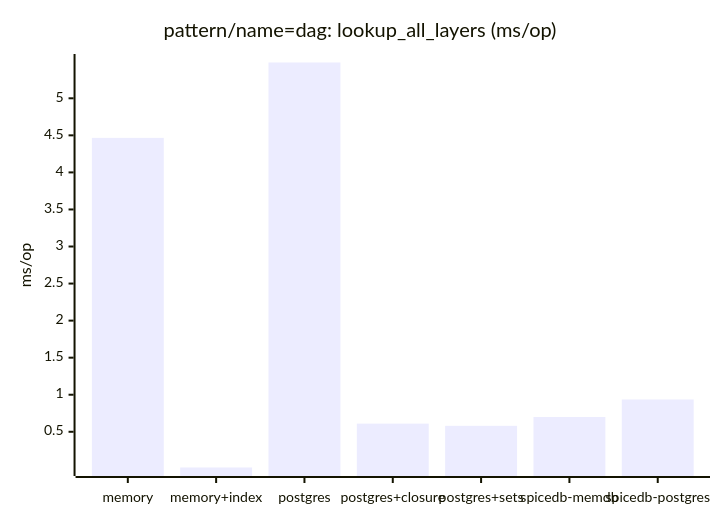
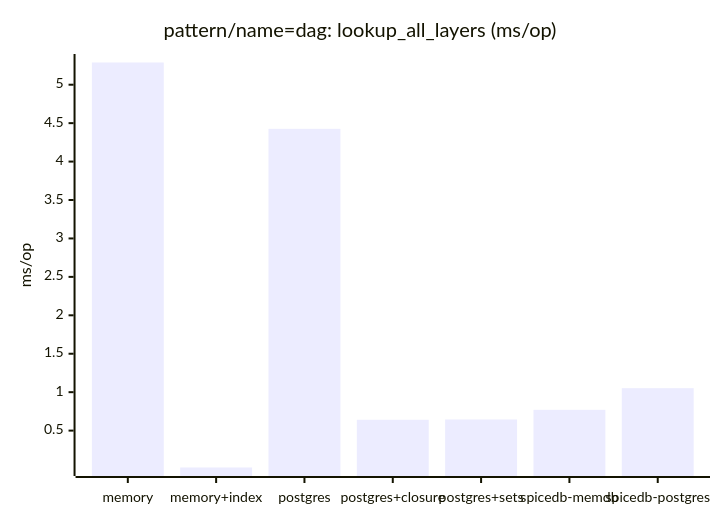
Before and after one commit to matick-io/authz: the tenth of 31 diagrams in compare/compare.md, drawn with Mermaid. The commit also changed other lines of this file and 2 other files, not shown here.

````diff
--- a/compare/compare.md
+++ b/compare/compare.md
@@ -156,7 +156,7 @@
 ```mermaid
 xychart-beta
     title "pattern/name=dag: lookup_all_layers (ms/op)"
     x-axis ["memory", "memory+index", "postgres", "postgres+closure", "postgres+sets", "spicedb-memdb", "spicedb-postgres"]
     y-axis "ms/op"
-    bar [4.466, 0.018, 5.483, 0.610, 0.580, 0.699, 0.936]
+    bar [5.289, 0.020, 4.426, 0.641, 0.645, 0.770, 1.052]
 ```
````
